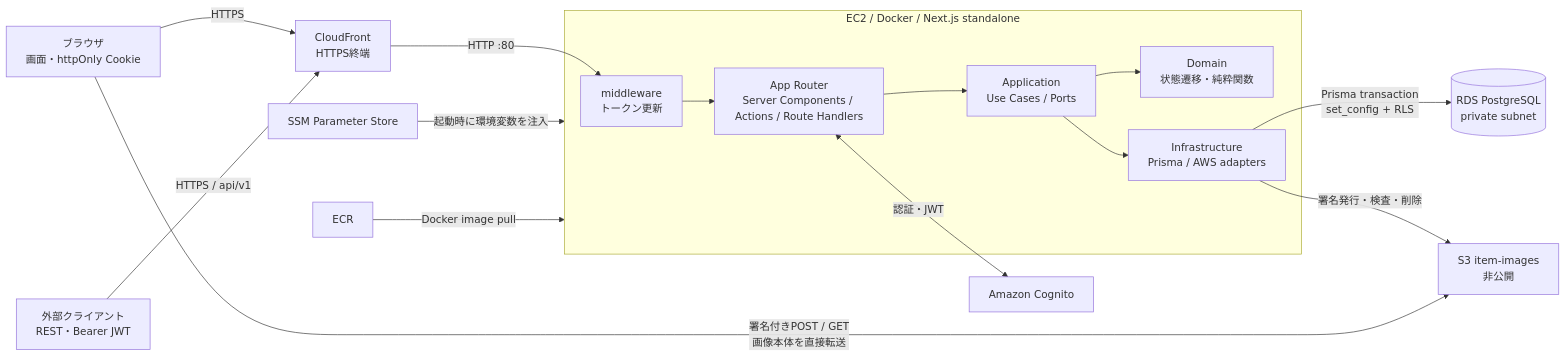
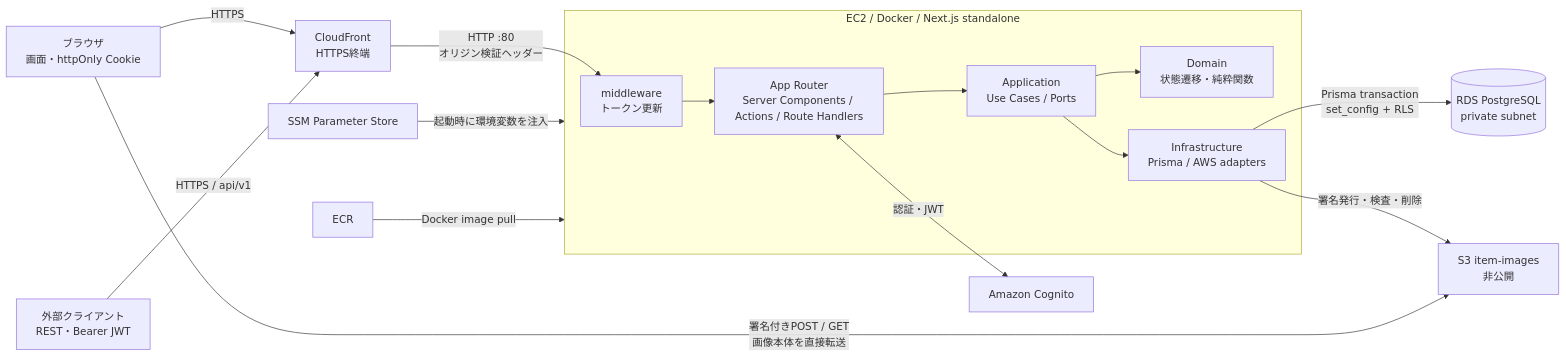
One commit to nanashi7c/mono-log_v0 changed the first of 3 diagrams in README.md. Above: the diagram before and after it, drawn with Mermaid. The commit also changed other lines of this file and 9 other files, not shown here.

````diff
--- a/README.md
+++ b/README.md
@@ -39,27 +39,27 @@
 ```mermaid
 flowchart LR
     Browser["ブラウザ<br/>画面・httpOnly Cookie"]
     ApiClient["外部クライアント<br/>REST・Bearer JWT"]
     CF["CloudFront<br/>HTTPS終端"]
 
     subgraph Runtime["EC2 / Docker / Next.js standalone"]
         MW["middleware<br/>トークン更新"]
         Delivery["App Router<br/>Server Components / Actions / Route Handlers"]
         UseCase["Application<br/>Use Cases / Ports"]
         Domain["Domain<br/>状態遷移・純粋関数"]
         Infra["Infrastructure<br/>Prisma / AWS adapters"]
         MW --> Delivery --> UseCase
         UseCase --> Domain
         UseCase --> Infra
     end
 
     Browser -->|"HTTPS"| CF
     ApiClient -->|"HTTPS / api/v1"| CF
-    CF -->|"HTTP :80"| MW
+    CF -->|"HTTP :80<br/>オリジン検証ヘッダー"| MW
     Delivery <-->|"認証・JWT"| Cognito["Amazon Cognito"]
     Infra -->|"Prisma transaction<br/>set_config + RLS"| RDS[("RDS PostgreSQL<br/>private subnet")]
     Infra -->|"署名発行・検査・削除"| S3["S3 item-images<br/>非公開"]
     Browser -->|"署名付きPOST / GET<br/>画像本体を直接転送"| S3
     SSM["SSM Parameter Store"] -->|"起動時に環境変数を注入"| Runtime
     ECR["ECR"] -->|"Docker image pull"| Runtime
 ```
````
